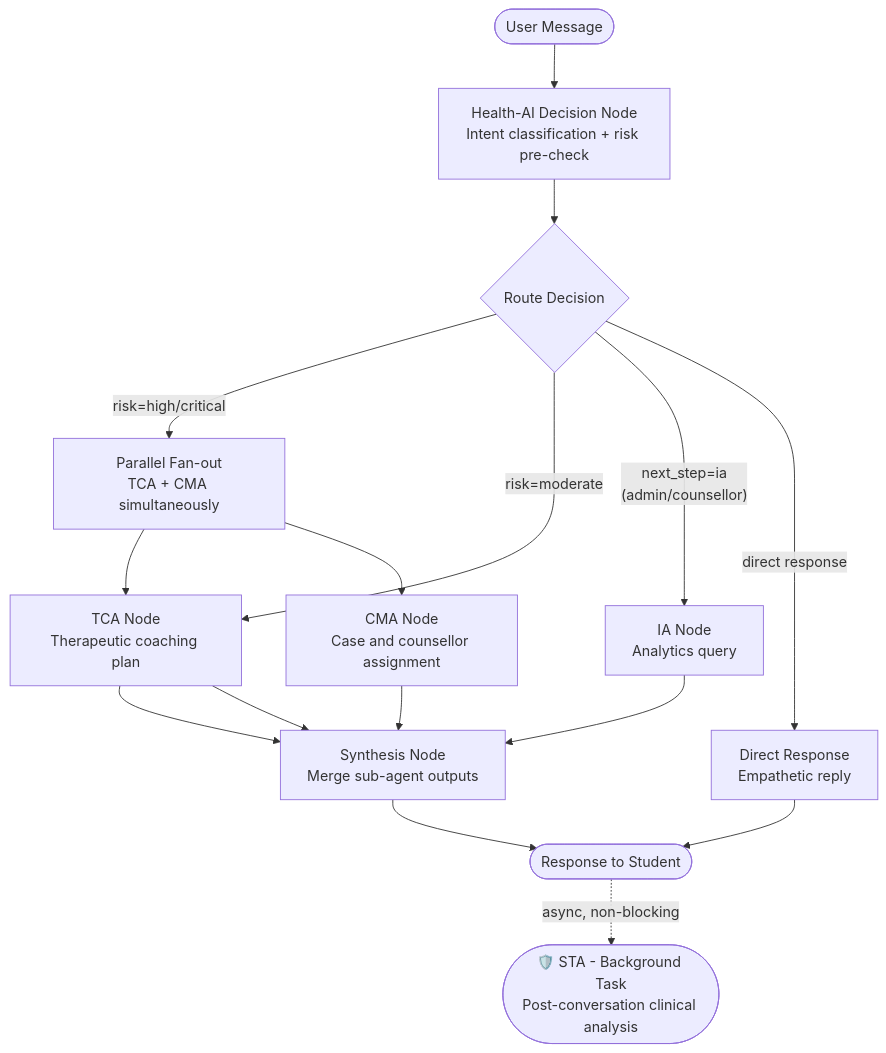
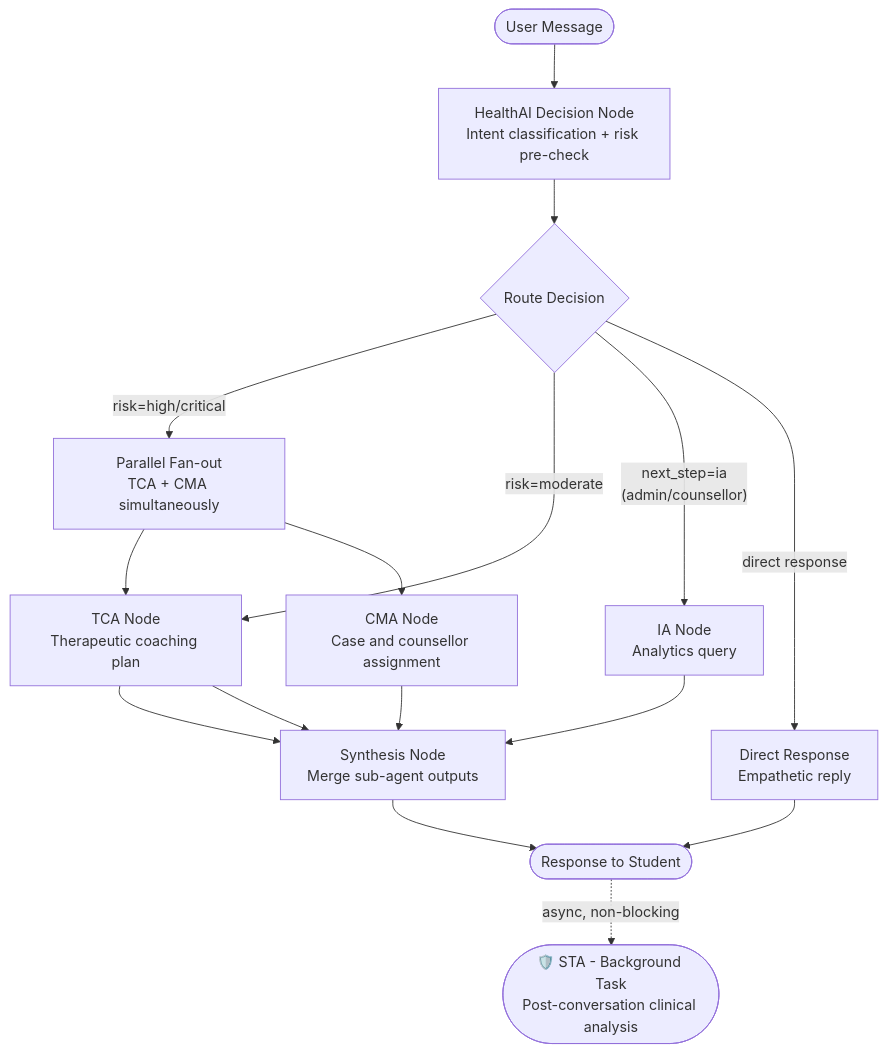
The diagram in docs-site/docs/architecture/agentic-framework.md (lombeytjhtt96-glitch/Health-AICare), drawn with Mermaid before and after one commit. The commit also changed other lines of this file and 255 other files, not shown here.

````diff
--- a/docs-site/docs/architecture/agentic-framework.md
+++ b/docs-site/docs/architecture/agentic-framework.md
@@ -35,31 +35,31 @@
 ```mermaid
 flowchart TD
  START([User Message])
- HEALTH_AI[Health-AI Decision Node\nIntent classification + risk pre-check]
+ HEALTH_AI[HealthAI Decision Node\nIntent classification + risk pre-check]
  CRISIS{Route Decision}
  PAR[Parallel Fan-out\nTCA + CMA simultaneously]
  TCA_N[TCA Node\nTherapeutic coaching plan]
  CMA_N[CMA Node\nCase and counsellor assignment]
  IA_N[IA Node\nAnalytics query]
  SYNTH[Synthesis Node\nMerge sub-agent outputs]
  DIRECT[Direct Response\nEmpathetic reply]
  END_N([Response to Student])
 
  STA_BG([🛡️ STA - Background Task\nPost-conversation clinical analysis])
 
  START --> HEALTH_AI
  HEALTH_AI --> CRISIS
  CRISIS -- "risk=high/critical" --> PAR
  PAR --> TCA_N
  PAR --> CMA_N
  TCA_N --> SYNTH
  CMA_N --> SYNTH
  CRISIS -- "risk=moderate" --> TCA_N
  TCA_N --> SYNTH
  CRISIS -- "next_step=ia\n(admin/counsellor)" --> IA_N
  IA_N --> SYNTH
  CRISIS -- "direct response" --> DIRECT
  SYNTH --> END_N
  DIRECT --> END_N
  END_N -.->|async, non-blocking| STA_BG
 ```
````
